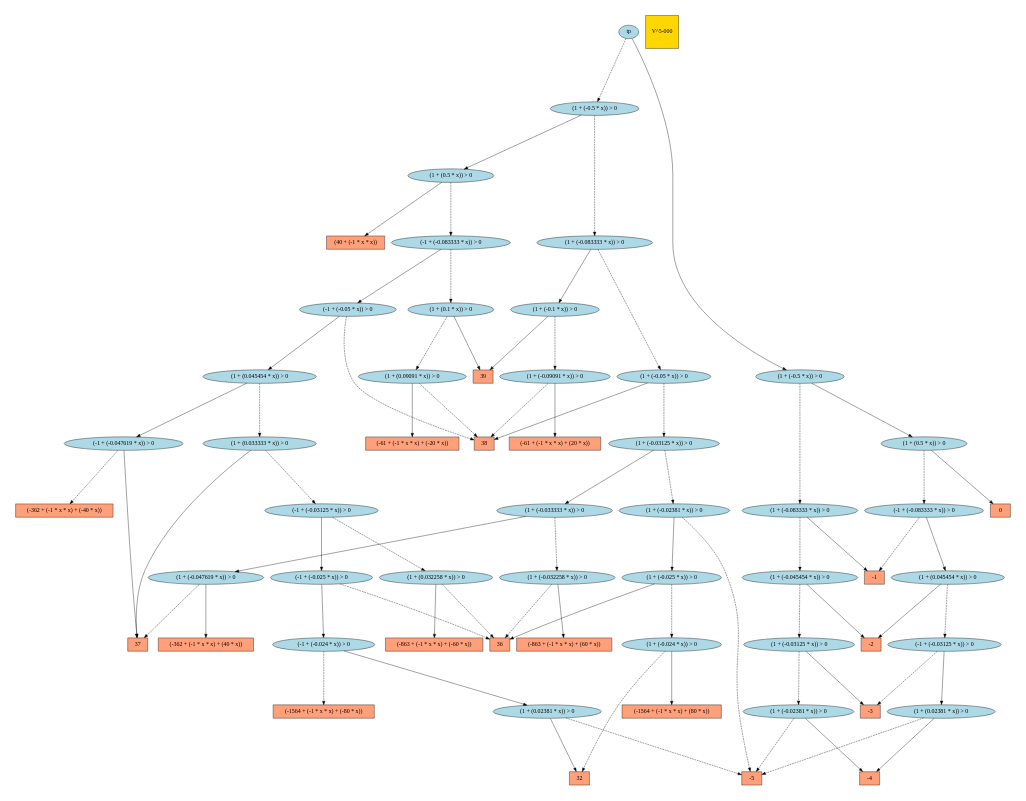
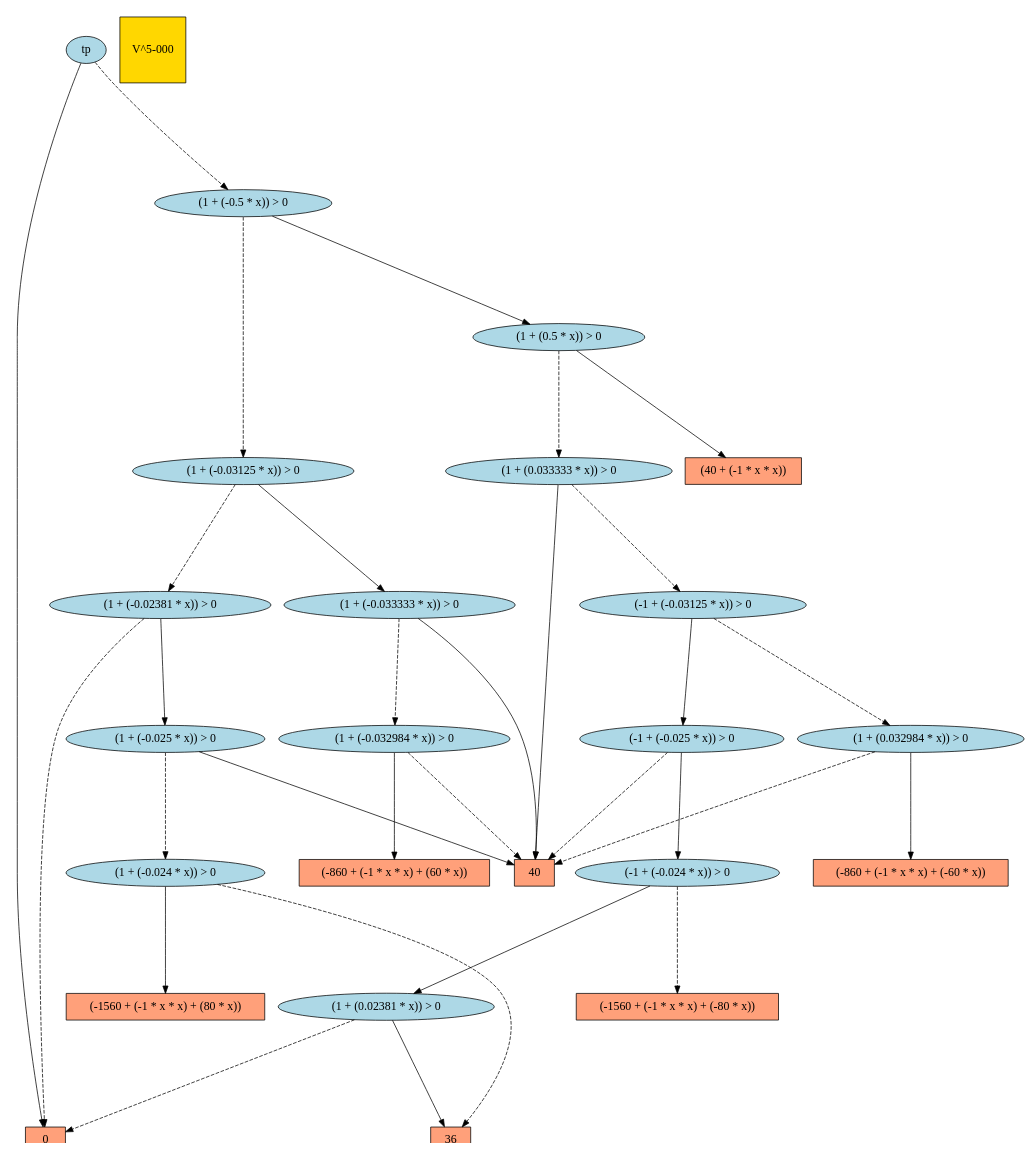
Before and after one commit to ssanner/xadd-inference: the diagram in src/camdp/ex/jair/results/Rover-nonlinear5-1.cmdp.V_5-000.dot, drawn with Graphviz. The commit also changed 269 other files, not shown here.

```diff
--- a/src/camdp/ex/jair/results/Rover-nonlinear5-1.cmdp.V_5-000.dot
+++ b/src/camdp/ex/jair/results/Rover-nonlinear5-1.cmdp.V_5-000.dot
@@ -1,134 +1,59 @@
 digraph G { 
 graph [ fontname = "Helvetica",fontsize="16",ratio = "auto",
         size="7.5,10",ranksep="2.00" ];
 node [fontsize="16"];
-"4047" [label="37",fillcolor=lightsalmon,color=black,shape=box,style=filled];
-"4045" [label="-4",fillcolor=lightsalmon,color=black,shape=box,style=filled];
-"18971" [label="(1 + (0.02381 * x)) > 0",fillcolor=lightblue,color=black,shape=ellipse,style=filled];
-"12193" [label="(1 + (-0.032258 * x)) > 0",fillcolor=lightblue,color=black,shape=ellipse,style=filled];
-"17280" [label="(1 + (0.032258 * x)) > 0",fillcolor=lightblue,color=black,shape=ellipse,style=filled];
-"287" [label="(-61 + (-1 * x * x) + (20 * x))",fillcolor=lightsalmon,color=black,shape=box,style=filled];
-"13557" [label="(1 + (-0.083333 * x)) > 0",fillcolor=lightblue,color=black,shape=ellipse,style=filled];
-"7949" [label="(-1 + (-0.047619 * x)) > 0",fillcolor=lightblue,color=black,shape=ellipse,style=filled];
-"12567" [label="(-1564 + (-1 * x * x) + (-80 * x))",fillcolor=lightsalmon,color=black,shape=box,style=filled];
-"19049" [label="(-1 + (-0.03125 * x)) > 0",fillcolor=lightblue,color=black,shape=ellipse,style=filled];
-"2205" [label="(1 + (-0.1 * x)) > 0",fillcolor=lightblue,color=black,shape=ellipse,style=filled];
-"2204" [label="(1 + (-0.09091 * x)) > 0",fillcolor=lightblue,color=black,shape=ellipse,style=filled];
-"18546" [label="(1 + (-0.03125 * x)) > 0",fillcolor=lightblue,color=black,shape=ellipse,style=filled];
-"17611" [label="(1 + (0.033333 * x)) > 0",fillcolor=lightblue,color=black,shape=ellipse,style=filled];
-"17612" [label="(1 + (0.045454 * x)) > 0",fillcolor=lightblue,color=black,shape=ellipse,style=filled];
-"17613" [label="(-1 + (-0.05 * x)) > 0",fillcolor=lightblue,color=black,shape=ellipse,style=filled];
-"304" [label="(-61 + (-1 * x * x) + (-20 * x))",fillcolor=lightsalmon,color=black,shape=box,style=filled];
-"10862" [label="(-1564 + (-1 * x * x) + (80 * x))",fillcolor=lightsalmon,color=black,shape=box,style=filled];
-"5506" [label="(1 + (-0.047619 * x)) > 0",fillcolor=lightblue,color=black,shape=ellipse,style=filled];
+"3712" [label="(1 + (0.032984 * x)) > 0",fillcolor=lightblue,color=black,shape=ellipse,style=filled];
+"4680" [label="(-1560 + (-1 * x * x) + (-80 * x))",fillcolor=lightsalmon,color=black,shape=box,style=filled];
+"4290" [label="(1 + (-0.025 * x)) > 0",fillcolor=lightblue,color=black,shape=ellipse,style=filled];
+"6951" [label="tp",fillcolor=lightblue,color=black,shape=ellipse,style=filled];
+"189" [label="36",fillcolor=lightsalmon,color=black,shape=box,style=filled];
+"4192" [label="(-1560 + (-1 * x * x) + (80 * x))",fillcolor=lightsalmon,color=black,shape=box,style=filled];
+"6097" [label="(-1 + (-0.024 * x)) > 0",fillcolor=lightblue,color=black,shape=ellipse,style=filled];
+"6098" [label="(-1 + (-0.025 * x)) > 0",fillcolor=lightblue,color=black,shape=ellipse,style=filled];
+"6099" [label="(-1 + (-0.03125 * x)) > 0",fillcolor=lightblue,color=black,shape=ellipse,style=filled];
+"6947" [label="(1 + (0.5 * x)) > 0",fillcolor=lightblue,color=black,shape=ellipse,style=filled];
 "1" [label="0",fillcolor=lightsalmon,color=black,shape=box,style=filled];
-"1235" [label="-3",fillcolor=lightsalmon,color=black,shape=box,style=filled];
-"18110" [label="(1 + (0.5 * x)) > 0",fillcolor=lightblue,color=black,shape=ellipse,style=filled];
-"1237" [label="38",fillcolor=lightsalmon,color=black,shape=box,style=filled];
-"18685" [label="(1 + (-0.083333 * x)) > 0",fillcolor=lightblue,color=black,shape=ellipse,style=filled];
-"19050" [label="(1 + (0.045454 * x)) > 0",fillcolor=lightblue,color=black,shape=ellipse,style=filled];
-"18111" [label="(1 + (-0.5 * x)) > 0",fillcolor=lightblue,color=black,shape=ellipse,style=filled];
-"160" [label="-2",fillcolor=lightsalmon,color=black,shape=box,style=filled];
-"12418" [label="(1 + (-0.05 * x)) > 0",fillcolor=lightblue,color=black,shape=ellipse,style=filled];
-"12417" [label="(1 + (-0.03125 * x)) > 0",fillcolor=lightblue,color=black,shape=ellipse,style=filled];
-"12416" [label="(1 + (-0.033333 * x)) > 0",fillcolor=lightblue,color=black,shape=ellipse,style=filled];
+"6948" [label="(1 + (-0.5 * x)) > 0",fillcolor=lightblue,color=black,shape=ellipse,style=filled];
+"4830" [label="(1 + (0.02381 * x)) > 0",fillcolor=lightblue,color=black,shape=ellipse,style=filled];
+"2955" [label="(-860 + (-1 * x * x) + (-60 * x))",fillcolor=lightsalmon,color=black,shape=box,style=filled];
+"5" [label="40",fillcolor=lightsalmon,color=black,shape=box,style=filled];
+"4289" [label="(1 + (-0.024 * x)) > 0",fillcolor=lightblue,color=black,shape=ellipse,style=filled];
+"6100" [label="(1 + (0.033333 * x)) > 0",fillcolor=lightblue,color=black,shape=ellipse,style=filled];
+"4329" [label="(1 + (-0.02381 * x)) > 0",fillcolor=lightblue,color=black,shape=ellipse,style=filled];
+"4513" [label="(1 + (-0.033333 * x)) > 0",fillcolor=lightblue,color=black,shape=ellipse,style=filled];
+"4512" [label="(1 + (-0.032984 * x)) > 0",fillcolor=lightblue,color=black,shape=ellipse,style=filled];
 "8" [label="(40 + (-1 * x * x))",fillcolor=lightsalmon,color=black,shape=box,style=filled];
-"17610" [label="(-1 + (-0.03125 * x)) > 0",fillcolor=lightblue,color=black,shape=ellipse,style=filled];
-"16132" [label="(1 + (0.02381 * x)) > 0",fillcolor=lightblue,color=black,shape=ellipse,style=filled];
-"6081" [label="(-863 + (-1 * x * x) + (-60 * x))",fillcolor=lightsalmon,color=black,shape=box,style=filled];
-"18523" [label="(1 + (-0.02381 * x)) > 0",fillcolor=lightblue,color=black,shape=ellipse,style=filled];
-"1458" [label="(-362 + (-1 * x * x) + (40 * x))",fillcolor=lightsalmon,color=black,shape=box,style=filled];
-"12" [label="-1",fillcolor=lightsalmon,color=black,shape=box,style=filled];
-"11441" [label="(1 + (-0.02381 * x)) > 0",fillcolor=lightblue,color=black,shape=ellipse,style=filled];
-"3176" [label="(1 + (0.1 * x)) > 0",fillcolor=lightblue,color=black,shape=ellipse,style=filled];
-"267" [label="39",fillcolor=lightsalmon,color=black,shape=box,style=filled];
-"10019" [label="-5",fillcolor=lightsalmon,color=black,shape=box,style=filled];
-"18103" [label="(-1 + (-0.083333 * x)) > 0",fillcolor=lightblue,color=black,shape=ellipse,style=filled];
-"10984" [label="(1 + (-0.025 * x)) > 0",fillcolor=lightblue,color=black,shape=ellipse,style=filled];
-"10983" [label="(1 + (-0.024 * x)) > 0",fillcolor=lightblue,color=black,shape=ellipse,style=filled];
-"19084" [label="(1 + (-0.5 * x)) > 0",fillcolor=lightblue,color=black,shape=ellipse,style=filled];
-"19085" [label="tp",fillcolor=lightblue,color=black,shape=ellipse,style=filled];
-"10889" [label="32",fillcolor=lightsalmon,color=black,shape=box,style=filled];
-"16692" [label="(-1 + (-0.024 * x)) > 0",fillcolor=lightblue,color=black,shape=ellipse,style=filled];
-"16693" [label="(-1 + (-0.025 * x)) > 0",fillcolor=lightblue,color=black,shape=ellipse,style=filled];
-"19070" [label="(-1 + (-0.083333 * x)) > 0",fillcolor=lightblue,color=black,shape=ellipse,style=filled];
-"4627" [label="(-863 + (-1 * x * x) + (60 * x))",fillcolor=lightsalmon,color=black,shape=box,style=filled];
-"10021" [label="36",fillcolor=lightsalmon,color=black,shape=box,style=filled];
-"19077" [label="(1 + (0.5 * x)) > 0",fillcolor=lightblue,color=black,shape=ellipse,style=filled];
-"18562" [label="(1 + (-0.045454 * x)) > 0",fillcolor=lightblue,color=black,shape=ellipse,style=filled];
+"2450" [label="(-860 + (-1 * x * x) + (60 * x))",fillcolor=lightsalmon,color=black,shape=box,style=filled];
 "_temp_" [label="V^5-000",fillcolor=gold1,color=black,shape=square,style=filled];
-"1835" [label="(-362 + (-1 * x * x) + (-40 * x))",fillcolor=lightsalmon,color=black,shape=box,style=filled];
-"3122" [label="(1 + (0.09091 * x)) > 0",fillcolor=lightblue,color=black,shape=ellipse,style=filled];
-"18971" -> "4045" [color=black,style=solid];
-"18971" -> "10019" [color=black,style=dashed];
-"12193" -> "4627" [color=black,style=solid];
-"12193" -> "10021" [color=black,style=dashed];
-"17280" -> "6081" [color=black,style=solid];
-"17280" -> "10021" [color=black,style=dashed];
-"13557" -> "12418" [color=black,style=dashed];
-"13557" -> "2205" [color=black,style=solid];
-"7949" -> "4047" [color=black,style=solid];
-"7949" -> "1835" [color=black,style=dashed];
-"19049" -> "1235" [color=black,style=dashed];
-"19049" -> "18971" [color=black,style=solid];
-"2205" -> "2204" [color=black,style=dashed];
-"2205" -> "267" [color=black,style=solid];
-"2204" -> "287" [color=black,style=solid];
-"2204" -> "1237" [color=black,style=dashed];
-"18546" -> "18523" [color=black,style=dashed];
-"18546" -> "1235" [color=black,style=solid];
-"17611" -> "4047" [color=black,style=solid];
-"17611" -> "17610" [color=black,style=dashed];
-"17612" -> "17611" [color=black,style=dashed];
-"17612" -> "7949" [color=black,style=solid];
-"17613" -> "17612" [color=black,style=solid];
-"17613" -> "1237" [color=black,style=dashed];
-"5506" -> "1458" [color=black,style=solid];
-"5506" -> "4047" [color=black,style=dashed];
-"18110" -> "8" [color=black,style=solid];
-"18110" -> "18103" [color=black,style=dashed];
-"18685" -> "18562" [color=black,style=dashed];
-"18685" -> "12" [color=black,style=solid];
-"19050" -> "160" [color=black,style=solid];
-"19050" -> "19049" [color=black,style=dashed];
-"18111" -> "18110" [color=black,style=solid];
-"18111" -> "13557" [color=black,style=dashed];
-"12418" -> "1237" [color=black,style=solid];
-"12418" -> "12417" [color=black,style=dashed];
-"12417" -> "11441" [color=black,style=dashed];
-"12417" -> "12416" [color=black,style=solid];
-"12416" -> "5506" [color=black,style=solid];
-"12416" -> "12193" [color=black,style=dashed];
-"17610" -> "17280" [color=black,style=dashed];
-"17610" -> "16693" [color=black,style=solid];
-"16132" -> "10889" [color=black,style=solid];
-"16132" -> "10019" [color=black,style=dashed];
-"18523" -> "4045" [color=black,style=solid];
-"18523" -> "10019" [color=black,style=dashed];
-"11441" -> "10984" [color=black,style=solid];
-"11441" -> "10019" [color=black,style=dashed];
-"3176" -> "267" [color=black,style=solid];
-"3176" -> "3122" [color=black,style=dashed];
-"18103" -> "17613" [color=black,style=solid];
-"18103" -> "3176" [color=black,style=dashed];
-"10984" -> "10983" [color=black,style=dashed];
-"10984" -> "10021" [color=black,style=solid];
-"10983" -> "10889" [color=black,style=dashed];
-"10983" -> "10862" [color=black,style=solid];
-"19084" -> "18685" [color=black,style=dashed];
-"19084" -> "19077" [color=black,style=solid];
-"19085" -> "19084" [color=black,style=solid];
-"19085" -> "18111" [color=black,style=dashed];
-"16692" -> "12567" [color=black,style=dashed];
-"16692" -> "16132" [color=black,style=solid];
-"16693" -> "10021" [color=black,style=dashed];
-"16693" -> "16692" [color=black,style=solid];
-"19070" -> "19050" [color=black,style=solid];
-"19070" -> "12" [color=black,style=dashed];
-"19077" -> "19070" [color=black,style=dashed];
-"19077" -> "1" [color=black,style=solid];
-"18562" -> "160" [color=black,style=solid];
-"18562" -> "18546" [color=black,style=dashed];
-"3122" -> "1237" [color=black,style=dashed];
-"3122" -> "304" [color=black,style=solid];
+"4514" [label="(1 + (-0.03125 * x)) > 0",fillcolor=lightblue,color=black,shape=ellipse,style=filled];
+"3712" -> "2955" [color=black,style=solid];
+"3712" -> "5" [color=black,style=dashed];
+"4290" -> "5" [color=black,style=solid];
+"4290" -> "4289" [color=black,style=dashed];
+"6951" -> "1" [color=black,style=solid];
+"6951" -> "6948" [color=black,style=dashed];
+"6097" -> "4680" [color=black,style=dashed];
+"6097" -> "4830" [color=black,style=solid];
+"6098" -> "5" [color=black,style=dashed];
+"6098" -> "6097" [color=black,style=solid];
+"6099" -> "3712" [color=black,style=dashed];
+"6099" -> "6098" [color=black,style=solid];
+"6947" -> "6100" [color=black,style=dashed];
+"6947" -> "8" [color=black,style=solid];
+"6948" -> "6947" [color=black,style=solid];
+"6948" -> "4514" [color=black,style=dashed];
+"4830" -> "1" [color=black,style=dashed];
+"4830" -> "189" [color=black,style=solid];
+"4289" -> "4192" [color=black,style=solid];
+"4289" -> "189" [color=black,style=dashed];
+"6100" -> "5" [color=black,style=solid];
+"6100" -> "6099" [color=black,style=dashed];
+"4329" -> "1" [color=black,style=dashed];
+"4329" -> "4290" [color=black,style=solid];
+"4513" -> "5" [color=black,style=solid];
+"4513" -> "4512" [color=black,style=dashed];
+"4512" -> "5" [color=black,style=dashed];
+"4512" -> "2450" [color=black,style=solid];
+"4514" -> "4513" [color=black,style=solid];
+"4514" -> "4329" [color=black,style=dashed];
 }
```
